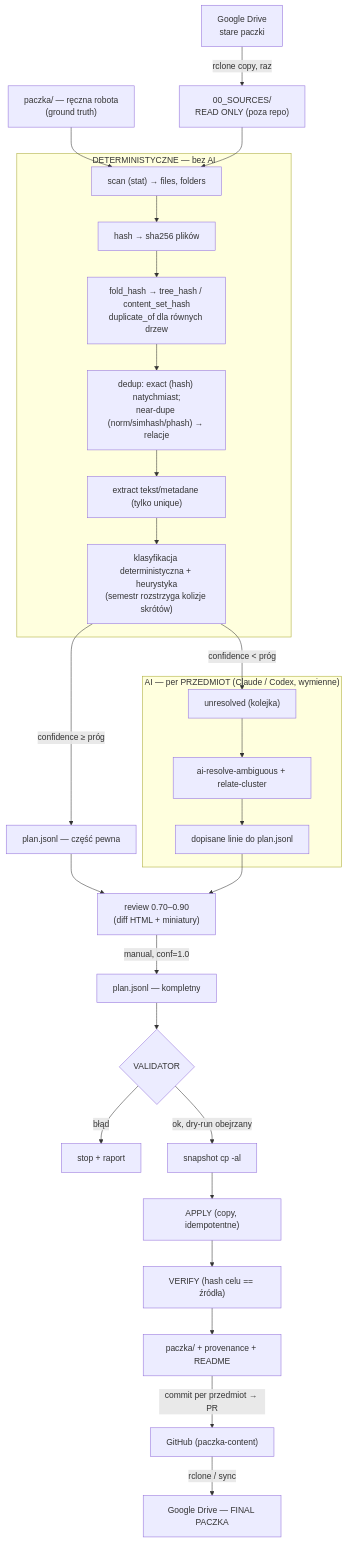
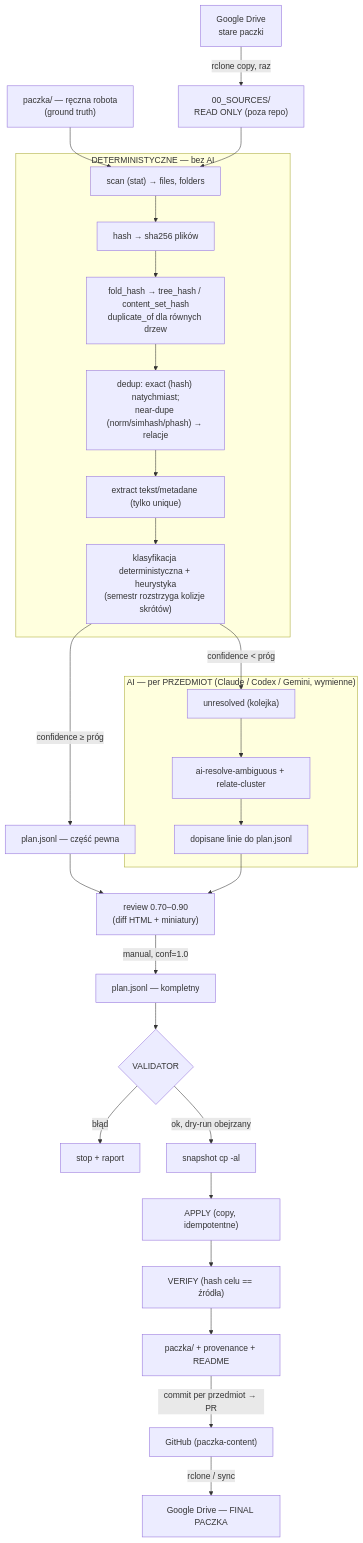
The first of 7 diagrams in organizer/docs/ARCHITEKTURA_FINALv1.md (PGPaczka/paczka-tools), drawn with Mermaid before and after one commit. The commit also changed other lines of this file and 9 other files, not shown here.

First line of the commit message:
feat(organizer): delegacja multi-model (C7) — agenci projektu codex i agy (Antigravity/Gemini), thresholds llm per zadanie, tabela koordynatora

````diff
--- a/organizer/docs/ARCHITEKTURA_FINALv1.md
+++ b/organizer/docs/ARCHITEKTURA_FINALv1.md
@@ -49,36 +49,36 @@
 ```mermaid
 flowchart TD
     GD["Google Drive<br/>stare paczki"] -->|rclone copy, raz| SRC["00_SOURCES/<br/>READ ONLY (poza repo)"]
     EXIST["paczka/ — ręczna robota<br/>(ground truth)"] --> SCAN
 
     SRC --> SCAN
 
     subgraph DET["DETERMINISTYCZNE — bez AI"]
         SCAN["scan (stat) → files, folders"] --> HASH["hash → sha256 plików"]
         HASH --> FOLD["fold_hash → tree_hash / content_set_hash<br/>duplicate_of dla równych drzew"]
         FOLD --> DEDUP["dedup: exact (hash) natychmiast;<br/>near-dupe (norm/simhash/phash) → relacje"]
         DEDUP --> EXTRACT["extract tekst/metadane (tylko unique)"]
         EXTRACT --> CLASS["klasyfikacja deterministyczna + heurystyka<br/>(semestr rozstrzyga kolizje skrótów)"]
     end
 
     CLASS -->|confidence ≥ próg| PLAN1["plan.jsonl — część pewna"]
     CLASS -->|confidence < próg| UNRES["unresolved (kolejka)"]
 
-    subgraph AI["AI — per PRZEDMIOT (Claude / Codex, wymienne)"]
+    subgraph AI["AI — per PRZEDMIOT (Claude / Codex / Gemini, wymienne)"]
         UNRES --> AGENT["ai-resolve-ambiguous + relate-cluster"]
         AGENT --> PLAN2["dopisane linie do plan.jsonl"]
     end
 
     PLAN1 --> REVIEW["review 0.70–0.90<br/>(diff HTML + miniatury)"]
     PLAN2 --> REVIEW
     REVIEW -->|manual, conf=1.0| PLAN["plan.jsonl — kompletny"]
 
     PLAN --> VALID{"VALIDATOR"}
     VALID -->|błąd| STOP["stop + raport"]
     VALID -->|ok, dry-run obejrzany| SNAP["snapshot cp -al"]
     SNAP --> APPLY["APPLY (copy, idempotentne)"]
     APPLY --> VERIFY["VERIFY (hash celu == źródła)"]
     VERIFY --> NEW["paczka/ + provenance + README"]
     NEW -->|commit per przedmiot → PR| GH["GitHub (paczka-content)"]
     GH -->|rclone / sync| GDOUT["Google Drive — FINAL PACZKA"]
 ```
````
